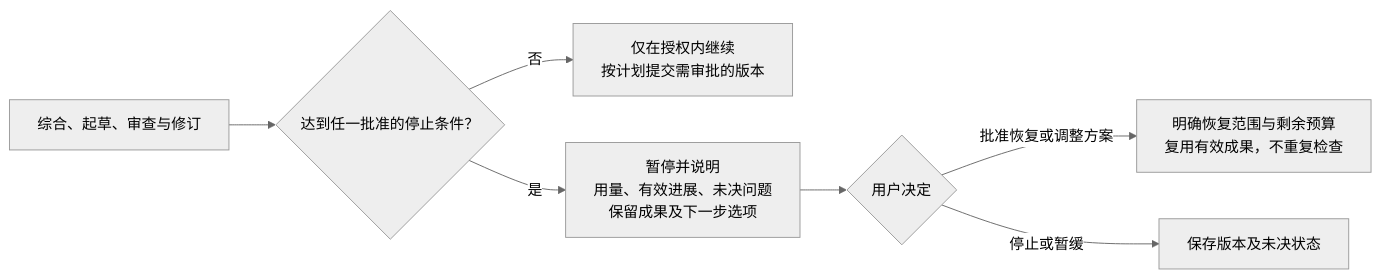
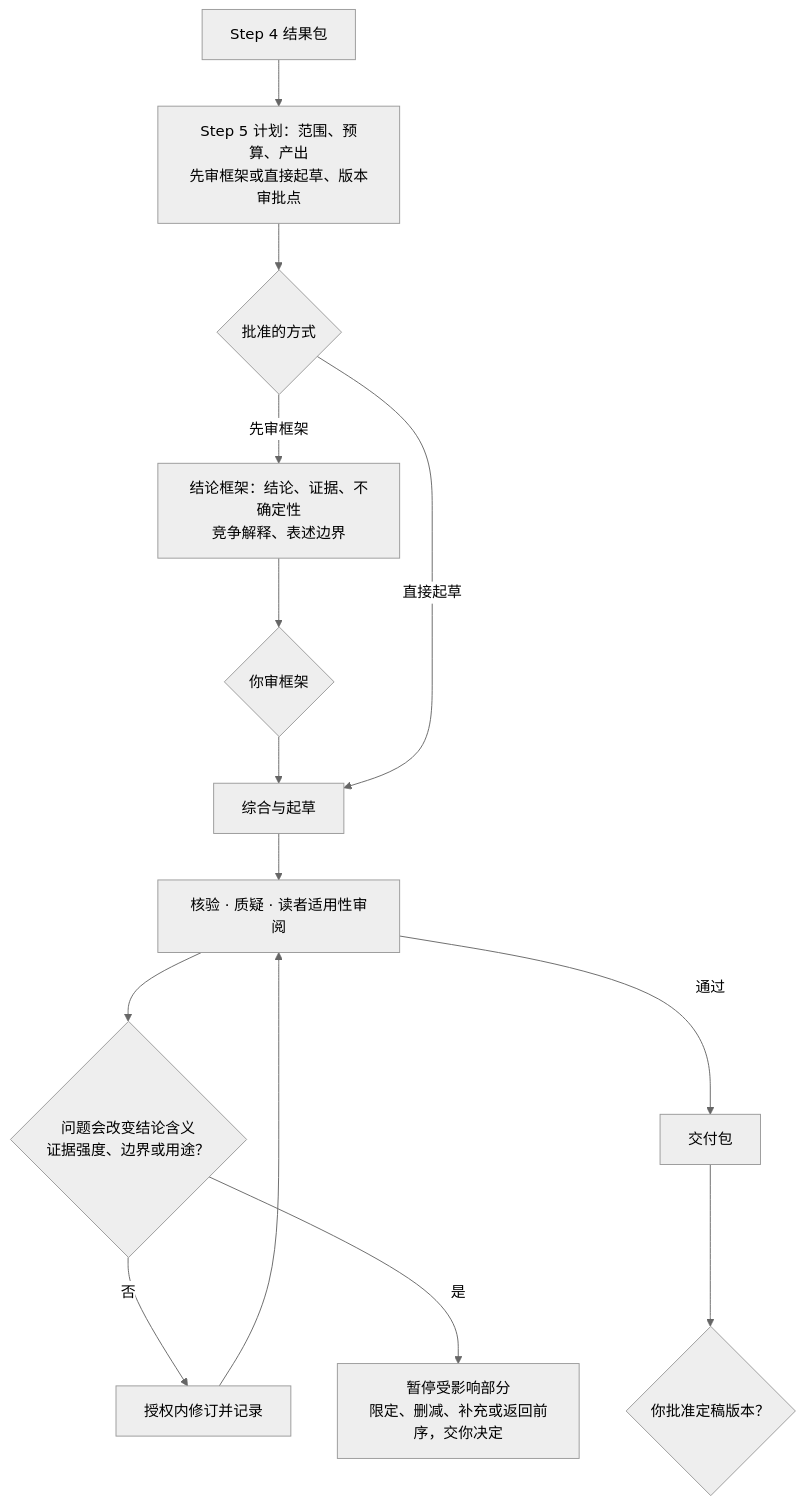
One commit to reinafeng2006/research-workflow changed the diagram in docs/step-5.md. Above: the diagram before and after it, drawn with Mermaid (neutral theme). The commit also changed other lines of this file and 10 other files, not shown here.

````diff
--- a/docs/step-5.md
+++ b/docs/step-5.md
@@ -99,9 +19,16 @@
 ```mermaid
-flowchart LR
-    WORK["综合、起草、审查与修订"] --> CHECK{"达到任一批准的停止条件？"}
-    CHECK -->|否| CONT["仅在授权内继续<br/>按计划提交需审批的版本"]
-    CHECK -->|是| PAUSE["暂停并说明<br/>用量、有效进展、未决问题<br/>保留成果及下一步选项"]
-    PAUSE --> HUMAN{"用户决定"}
-    HUMAN -->|批准恢复或调整方案| RESUME["明确恢复范围与剩余预算<br/>复用有效成果，不重复检查"]
-    HUMAN -->|停止或暂缓| SAVE["保存版本及未决状态"]
+flowchart TD
+    IN["Step 4 结果包"] --> PLAN["Step 5 计划：范围、预算、产出<br/>先审框架或直接起草、版本审批点"]
+    PLAN --> W{"批准的方式"}
+    W -->|先审框架| FR["结论框架：结论、证据、不确定性<br/>竞争解释、表述边界"]
+    FR --> FA{"你审框架"}
+    FA --> DR
+    W -->|直接起草| DR["综合与起草"]
+    DR --> REV["核验 · 质疑 · 读者适用性审阅"]
+    REV --> CH{"问题会改变结论含义<br/>证据强度、边界或用途？"}
+    CH -->|否| FIX["授权内修订并记录"]
+    FIX --> REV
+    CH -->|是| HOLD["暂停受影响部分<br/>限定、删减、补充或返回前序，交你决定"]
+    REV -->|通过| PKG["交付包"]
+    PKG --> D{"你批准定稿版本？"}
 ```
````
